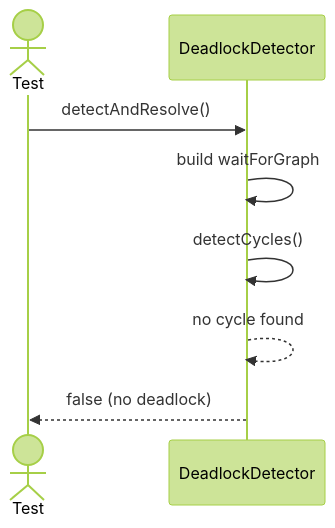
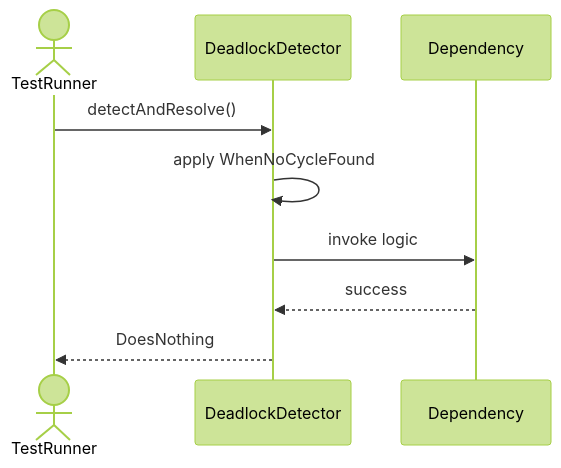
Before and after one commit to TamBui1706/DBMS: the second of 5 diagrams in Sequences/TransactionManagement/DeadlockDetector.md, drawn with Mermaid (forest theme). The commit also changed other lines of this file and 63 other files, not shown here.

Commit message:
Draw sequence diagram for unit tests

````diff
--- a/Sequences/TransactionManagement/DeadlockDetector.md
+++ b/Sequences/TransactionManagement/DeadlockDetector.md
@@ -32,11 +32,10 @@
 ```mermaid
 sequenceDiagram
-    actor Test
+    actor TestRunner
     participant DeadlockDetector
-
-    Test->>DeadlockDetector: detectAndResolve()
-    DeadlockDetector->>DeadlockDetector: build waitForGraph
-    DeadlockDetector->>DeadlockDetector: detectCycles()
-    DeadlockDetector-->>DeadlockDetector: no cycle found
-    DeadlockDetector-->>Test: false (no deadlock)
+    TestRunner->>DeadlockDetector: detectAndResolve()
+    DeadlockDetector->>DeadlockDetector: apply WhenNoCycleFound
+    DeadlockDetector->>Dependency: invoke logic
+    Dependency-->>DeadlockDetector: success
+    DeadlockDetector-->>TestRunner: DoesNothing
 ```
````
